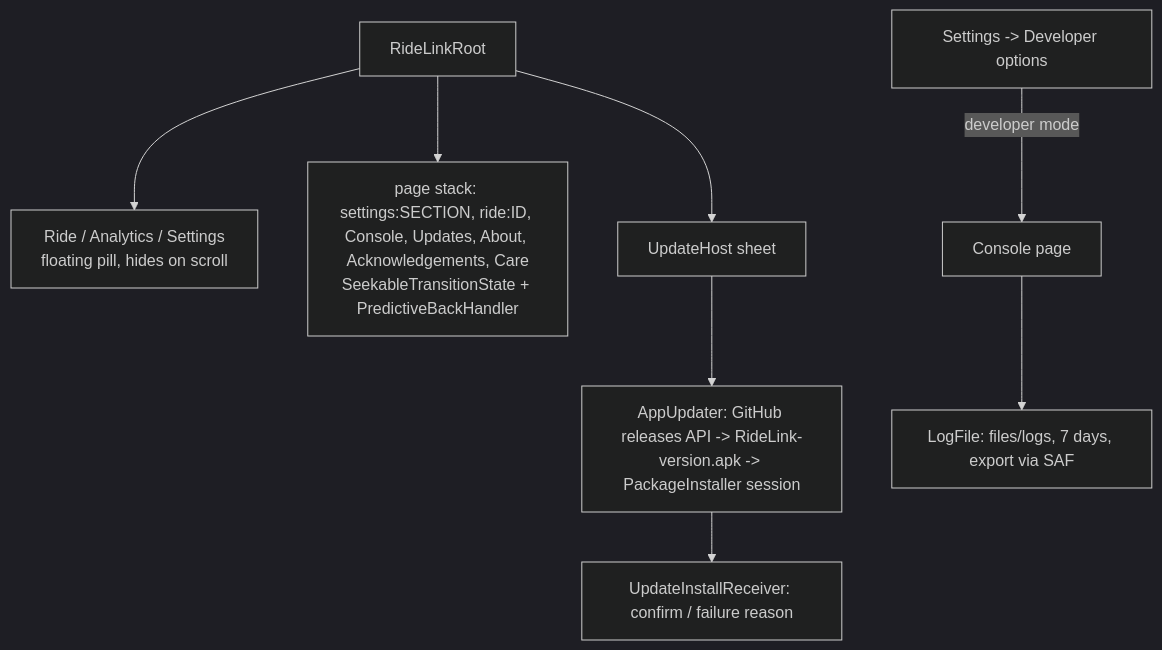
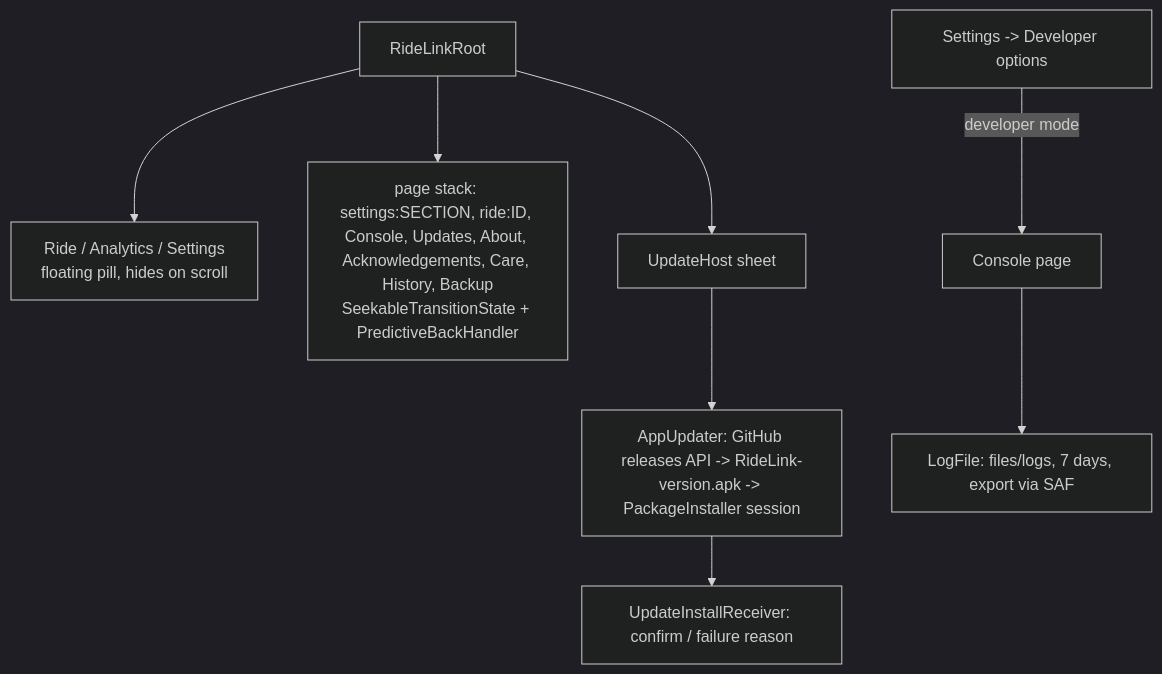
One commit to aiyu-ayaan/RideLink changed the fifth of 6 diagrams in development/docs/ARCHITECTURE.md. Above: the diagram before and after it, drawn with Mermaid (dark theme). The commit also changed other lines of this file and 9 other files, not shown here.

````diff
--- a/development/docs/ARCHITECTURE.md
+++ b/development/docs/ARCHITECTURE.md
@@ -94,10 +94,10 @@
 ```mermaid
 graph TD
     Root[RideLinkRoot] --> Tabs[Ride / Analytics / Settings<br/>floating pill, hides on scroll]
-    Root --> Stack[page stack: settings:SECTION, ride:ID, Console, Updates, About, Acknowledgements, Care<br/>SeekableTransitionState + PredictiveBackHandler]
+    Root --> Stack[page stack: settings:SECTION, ride:ID, Console, Updates, About, Acknowledgements, Care, History, Backup<br/>SeekableTransitionState + PredictiveBackHandler]
     Root --> Host[UpdateHost sheet]
     Host --> U[AppUpdater: GitHub releases API -> RideLink-version.apk -> PackageInstaller session]
     U --> IR[UpdateInstallReceiver: confirm / failure reason]
     Settings[Settings -> Developer options] -->|developer mode| Console[Console page]
     Console --> LF[LogFile: files/logs, 7 days, export via SAF]
 ```
````
